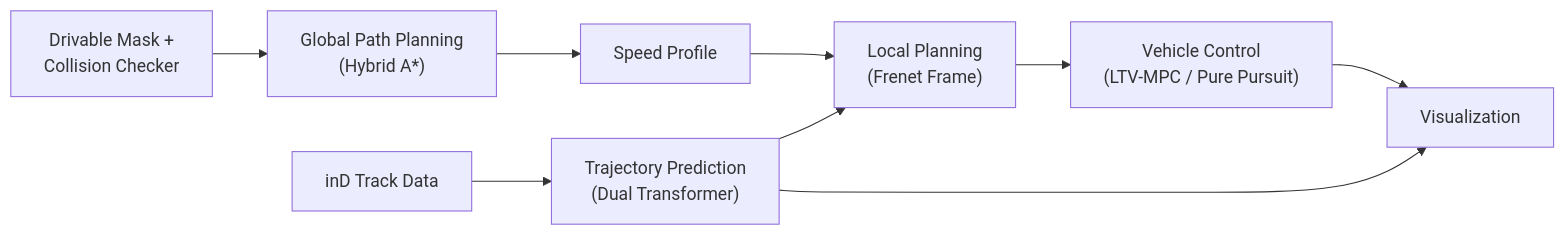
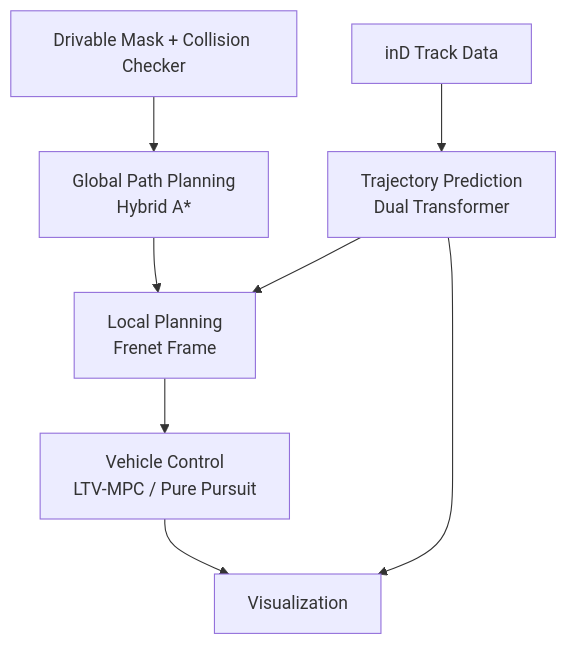
The diagram in README.md (jeongseonarm/prediction-planning-control), drawn with Mermaid before and after one commit. The commit also changed other lines of this file, not shown here.

````diff
--- a/README.md
+++ b/README.md
@@ -20,11 +17,10 @@
 ```mermaid
-flowchart LR
-    A["Drivable Mask +\nCollision Checker"] --> B["Global Path Planning\n(Hybrid A*)"]
-    B --> C["Speed Profile"]
-    C --> L["Local Planning\n(Frenet Frame)"]
-    L --> D["Vehicle Control\n(LTV-MPC / Pure Pursuit)"]
-    E["inD Track Data"] --> F["Trajectory Prediction\n(Dual Transformer)"]
-    F --> L
-    D --> G["Visualization"]
+flowchart TD
+    A[Drivable Mask + Collision Checker] --> B[Global Path Planning<br/>Hybrid A*]
+    B --> C[Local Planning<br/>Frenet Frame]
+    D[inD Track Data] --> E[Trajectory Prediction<br/>Dual Transformer]
+    E --> C
+    C --> F[Vehicle Control<br/>LTV-MPC / Pure Pursuit]
+    E --> G[Visualization]
     F --> G
 ```
````
